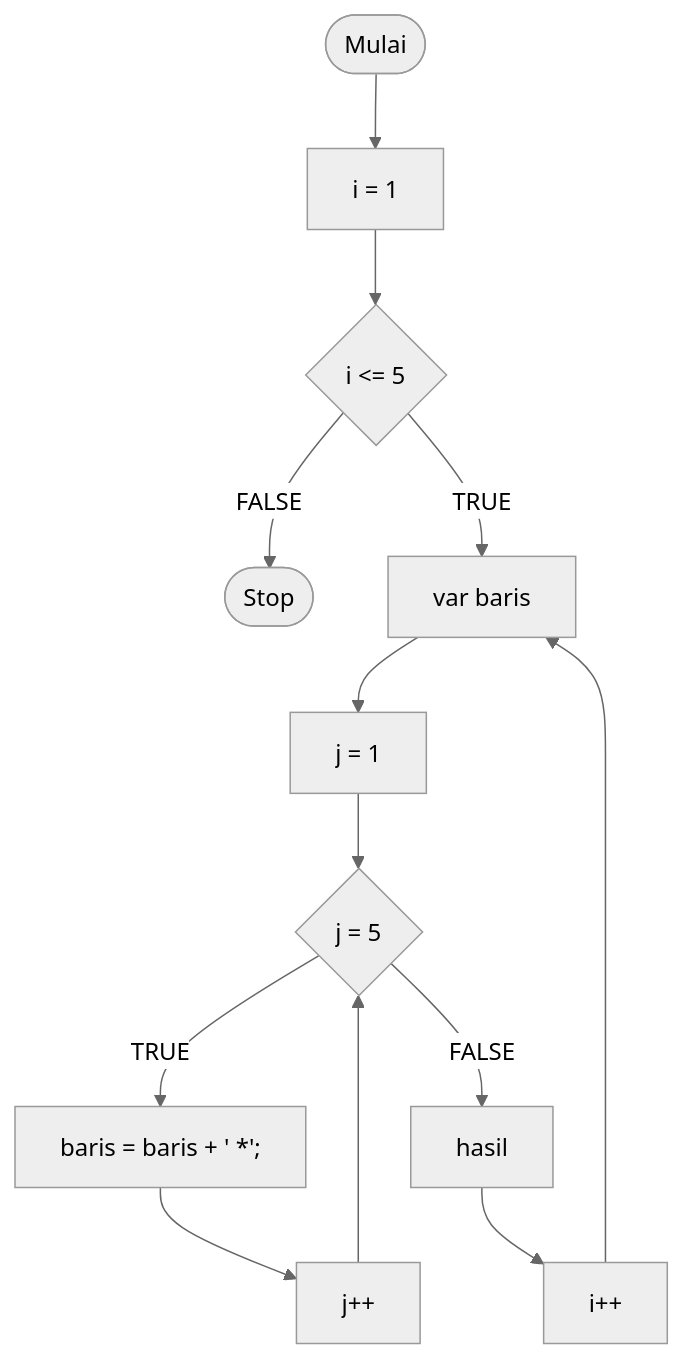
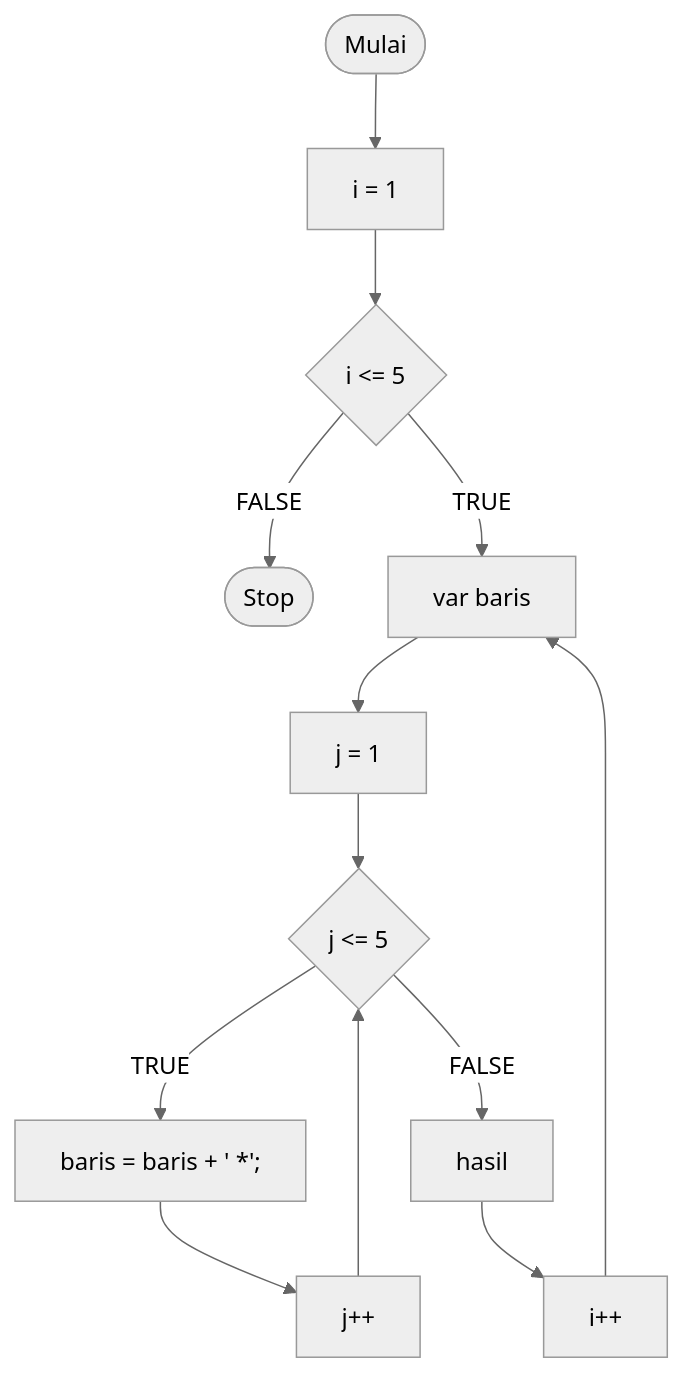
One commit to whyu07/koda-b10-javascript3 changed the first of 2 diagrams in README.md. Above: the diagram before and after it, drawn with Mermaid (neutral theme).

````diff
--- a/README.md
+++ b/README.md
@@ -1,15 +1,15 @@
 ```mermaid
 flowchart TD
     A([Mulai]) --> B[i = 1]
     B --> C{i <= 5}
     C --> |FALSE| Z([Stop])
     C --> |TRUE| D[var baris]
     D --> E[j = 1]
-    E --> F{j = 5}
+    E --> F{j <= 5}
     F --> |TRUE| G[ baris = baris + ' *';]
     G --> H[j++]
     H --> F
     F --> |FALSE| J[hasil]
     J --> K[i++]
     K --> D
 ```
````
